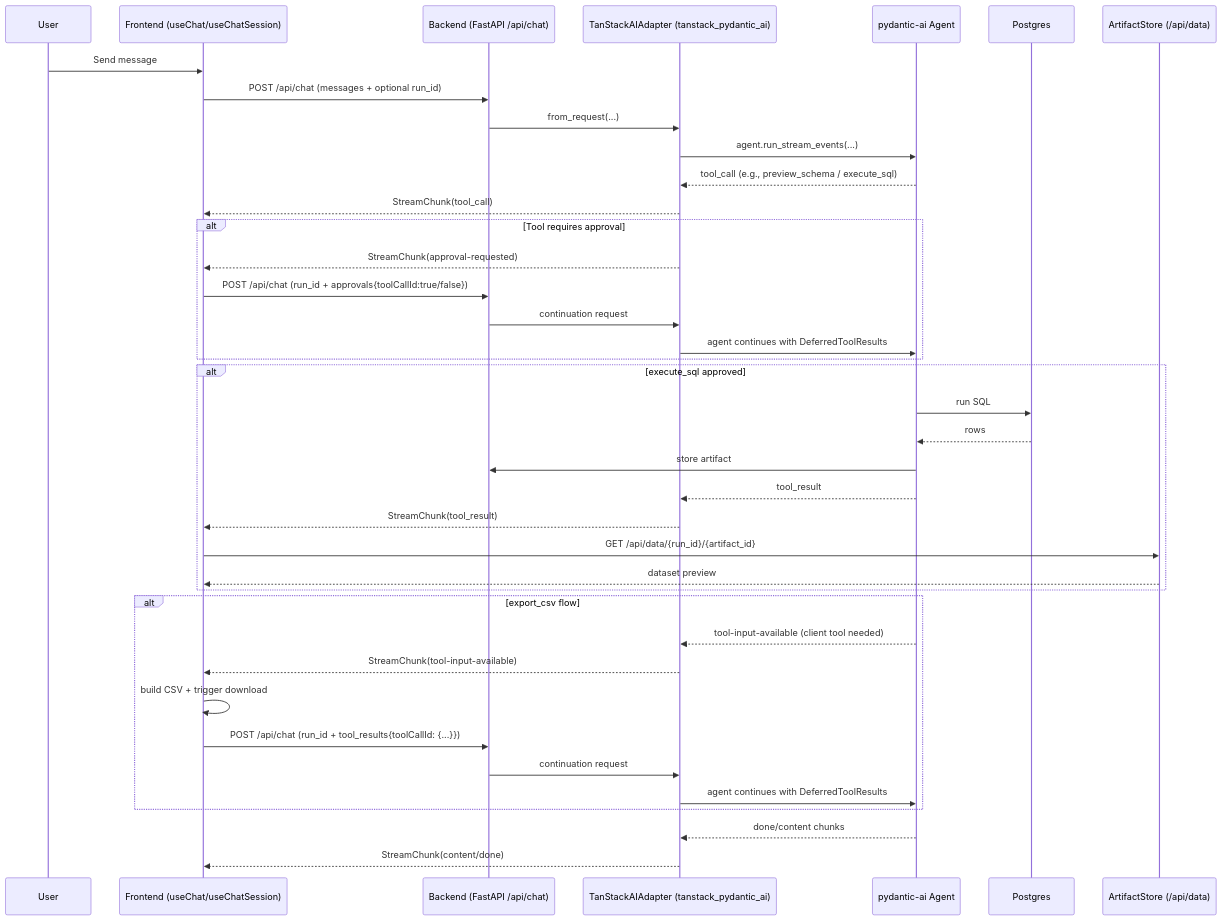
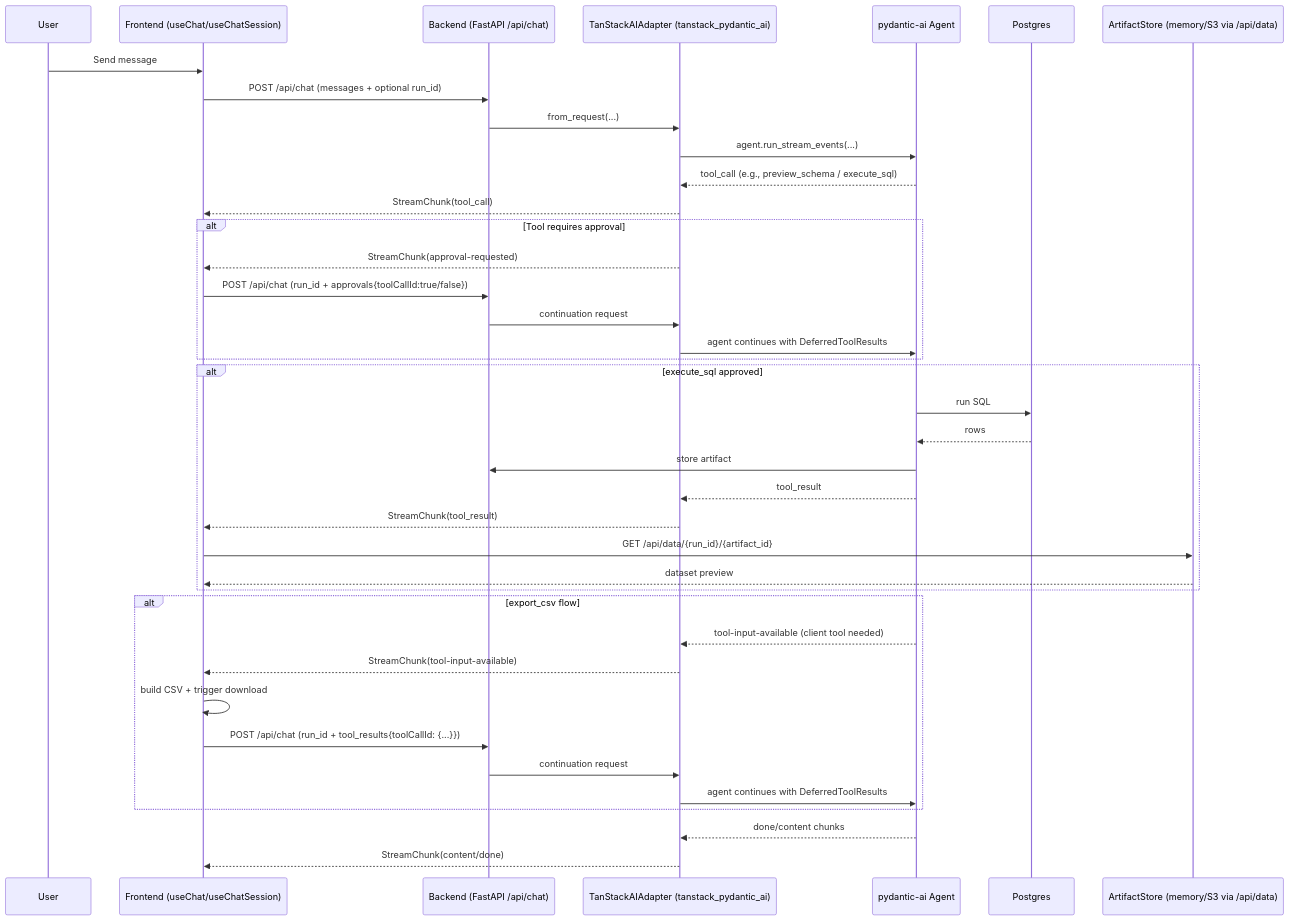
The diagram in happy-path.md (kzinmr/tanstack-ai-demo), drawn with Mermaid before and after one commit. The commit also changed 2 other files, not shown here.

````diff
--- a/happy-path.md
+++ b/happy-path.md
@@ -1,47 +1,47 @@
 ```mermaid
 sequenceDiagram
   participant U as User
   participant FE as Frontend (useChat/useChatSession)
   participant BE as Backend (FastAPI /api/chat)
   participant AD as TanStackAIAdapter (tanstack_pydantic_ai)
   participant AG as pydantic-ai Agent
   participant DB as Postgres
-  participant AS as ArtifactStore (/api/data)
+  participant AS as ArtifactStore (memory/S3 via /api/data)
 
   U->>FE: Send message
   FE->>BE: POST /api/chat (messages + optional run_id)
   BE->>AD: from_request(...)
   AD->>AG: agent.run_stream_events(...)
 
   AG-->>AD: tool_call (e.g., preview_schema / execute_sql)
   AD-->>FE: StreamChunk(tool_call)
 
   alt Tool requires approval
     AD-->>FE: StreamChunk(approval-requested)
     FE->>BE: POST /api/chat (run_id + approvals{toolCallId:true/false})
     BE->>AD: continuation request
     AD->>AG: agent continues with DeferredToolResults
   end
 
   alt execute_sql approved
     AG->>DB: run SQL
     DB-->>AG: rows
     AG->>BE: store artifact
     AG-->>AD: tool_result
     AD-->>FE: StreamChunk(tool_result)
     FE->>AS: GET /api/data/{run_id}/{artifact_id}
     AS-->>FE: dataset preview
   end
 
   alt export_csv flow
     AG-->>AD: tool-input-available (client tool needed)
     AD-->>FE: StreamChunk(tool-input-available)
     FE->>FE: build CSV + trigger download
     FE->>BE: POST /api/chat (run_id + tool_results{toolCallId: {...}})
     BE->>AD: continuation request
     AD->>AG: agent continues with DeferredToolResults
   end
 
   AG-->>AD: done/content chunks
   AD-->>FE: StreamChunk(content/done)
 ```
````
